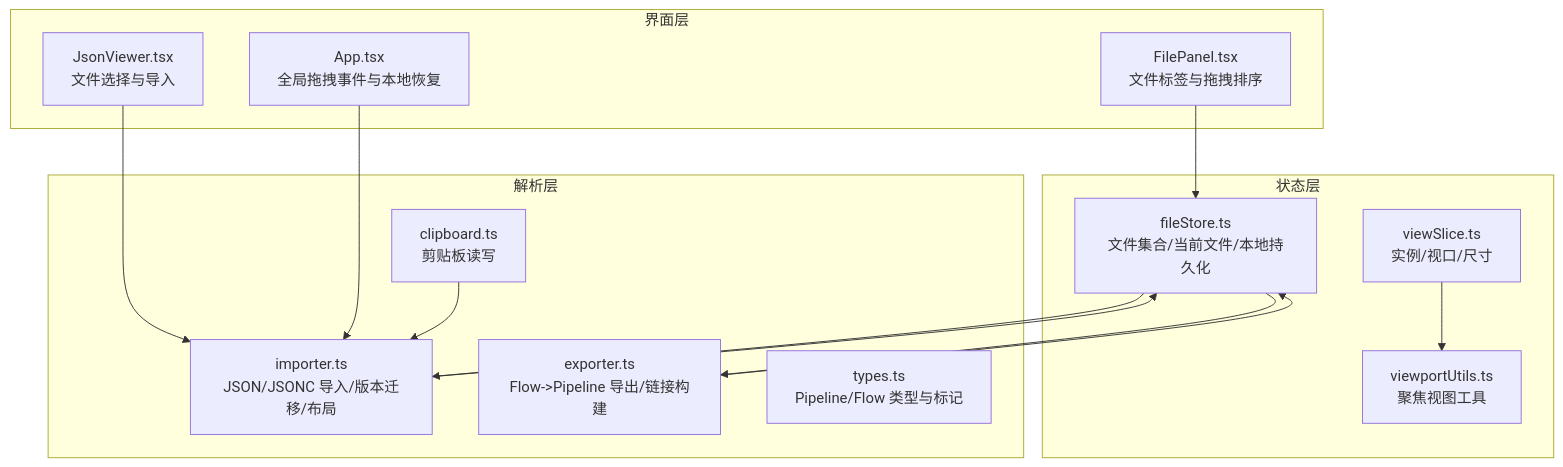
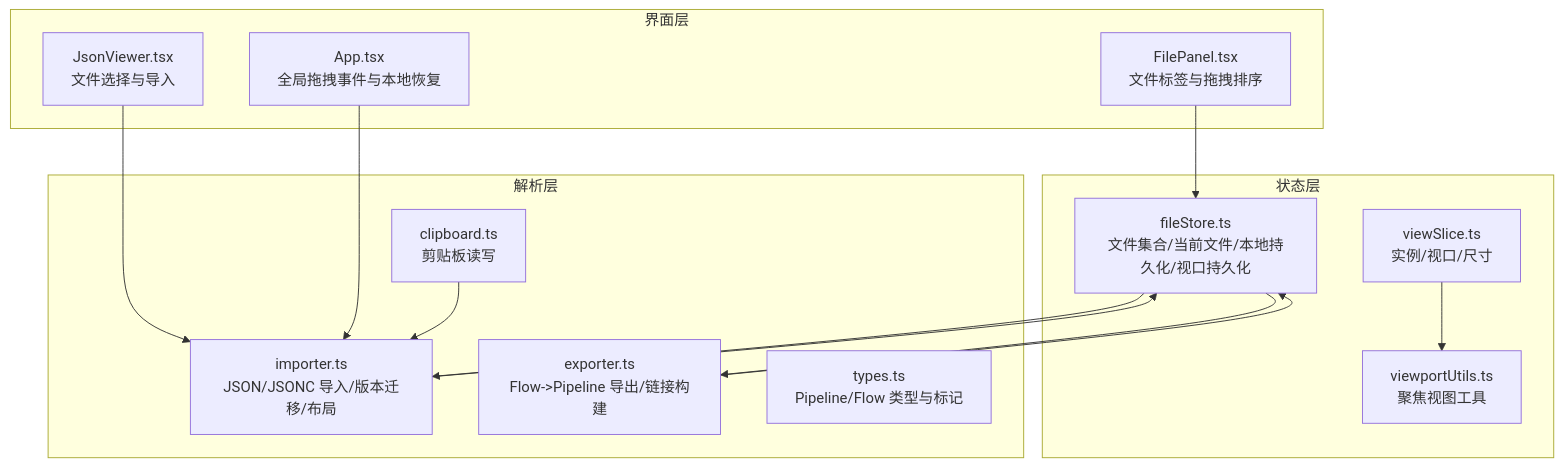
One commit to kqcoxn/MaaPipelineEditor changed the first of 8 diagrams in .qoder/repowiki/zh/content/核心概念/文件与视口.md. Above: the diagram before and after it, drawn with Mermaid. The commit also changed other lines of this file and 5 other files, not shown here.

````diff
--- a/.qoder/repowiki/zh/content/核心概念/文件与视口.md
+++ b/.qoder/repowiki/zh/content/核心概念/文件与视口.md
@@ -48,28 +57,28 @@
 ```mermaid
 graph TB
 subgraph "界面层"
 FP["FilePanel.tsx<br/>文件标签与拖拽排序"]
 JV["JsonViewer.tsx<br/>文件选择与导入"]
 APP["App.tsx<br/>全局拖拽事件与本地恢复"]
 end
 subgraph "状态层"
-FS["fileStore.ts<br/>文件集合/当前文件/本地持久化"]
+FS["fileStore.ts<br/>文件集合/当前文件/本地持久化/视口持久化"]
 VS["viewSlice.ts<br/>实例/视口/尺寸"]
 FU["viewportUtils.ts<br/>聚焦视图工具"]
 end
 subgraph "解析层"
 IMP["importer.ts<br/>JSON/JSONC 导入/版本迁移/布局"]
 EXP["exporter.ts<br/>Flow->Pipeline 导出/链接构建"]
 TYP["types.ts<br/>Pipeline/Flow 类型与标记"]
 CLP["clipboard.ts<br/>剪贴板读写"]
 end
 FP --> FS
 JV --> IMP
 APP --> IMP
 FS --> IMP
 FS --> EXP
 VS --> FU
 IMP --> FS
 EXP --> FS
 CLP --> IMP
 ```
````
